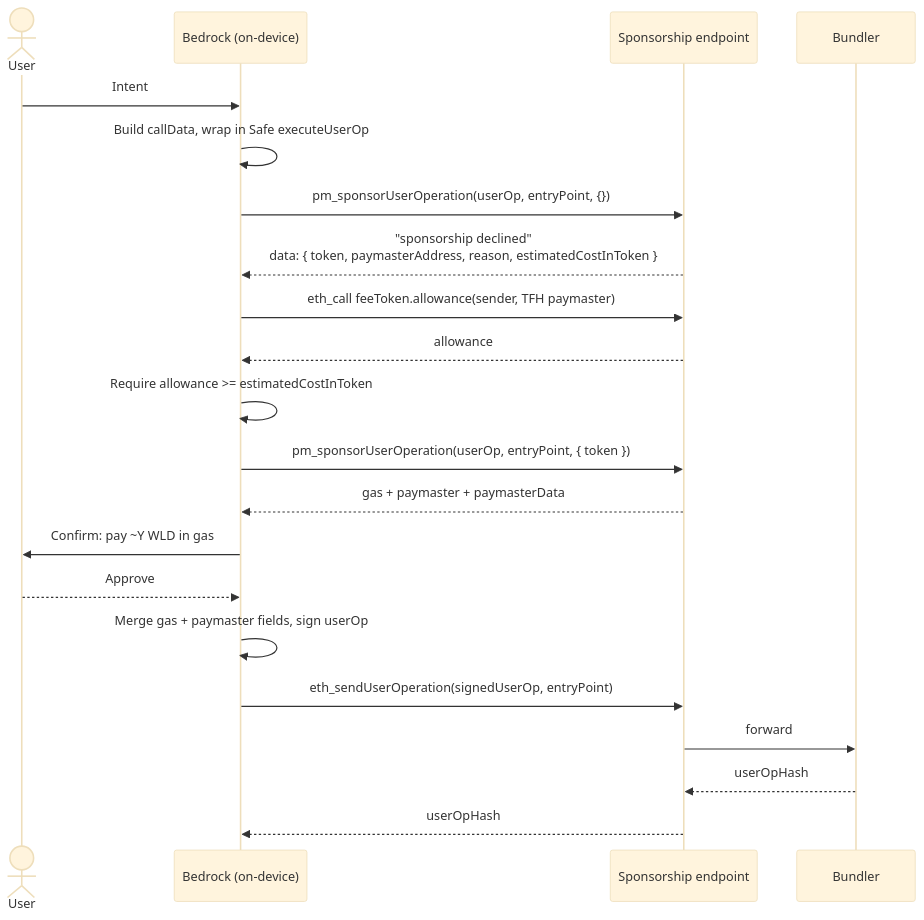
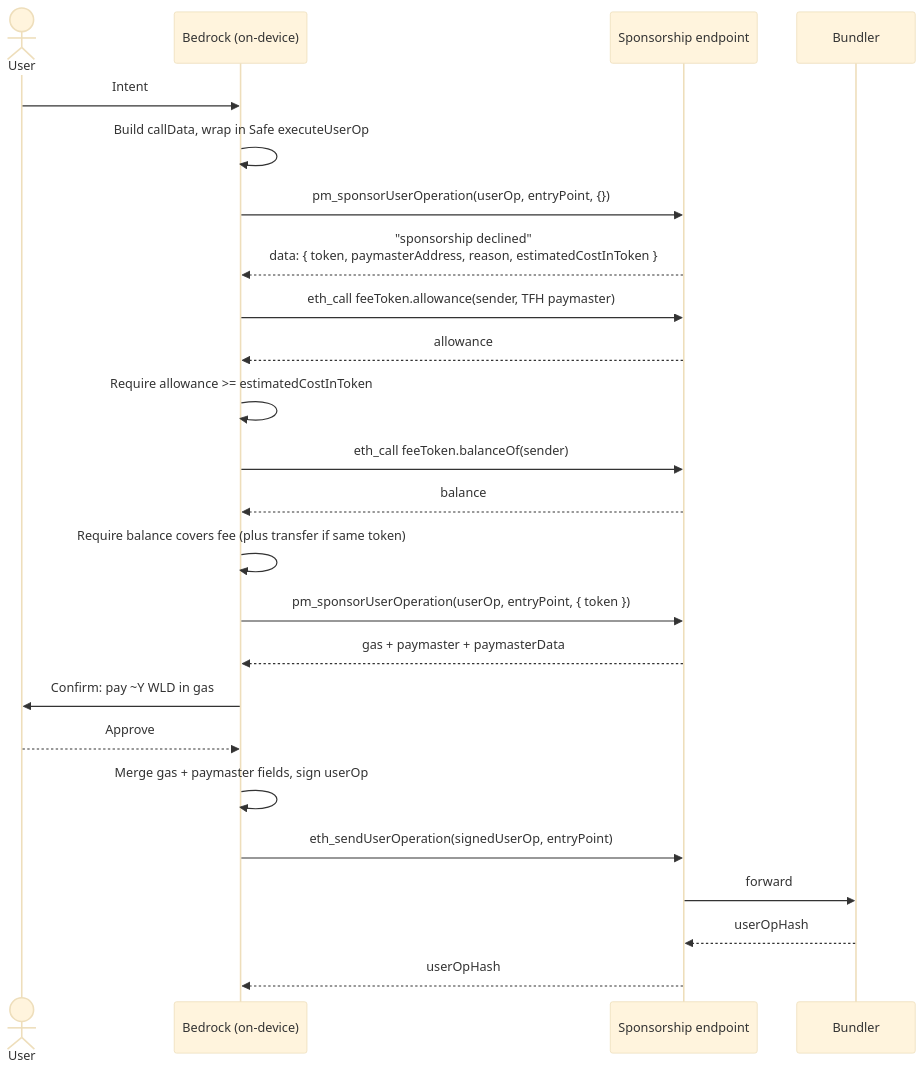
Before and after one commit to worldcoin/bedrock: the second of 2 diagrams in bedrock/src/transactions/transaction.md, drawn with Mermaid (base theme). The commit also changed other lines of this file and 2 other files, not shown here.

````diff
--- a/bedrock/src/transactions/transaction.md
+++ b/bedrock/src/transactions/transaction.md
@@ -103,28 +104,31 @@
 ```mermaid
 sequenceDiagram
     actor User
     participant Bedrock as Bedrock (on-device)
     participant Endpoint as Sponsorship endpoint
     participant Bundler
 
     User->>Bedrock: Intent
     Bedrock->>Bedrock: Build callData, wrap in Safe executeUserOp
 
     Bedrock->>Endpoint: pm_sponsorUserOperation(userOp, entryPoint, {})
     Endpoint-->>Bedrock: "sponsorship declined"<br/>data: { token, paymasterAddress, reason, estimatedCostInToken }
 
     Bedrock->>Endpoint: eth_call feeToken.allowance(sender, TFH paymaster)
     Endpoint-->>Bedrock: allowance
     Bedrock->>Bedrock: Require allowance >= estimatedCostInToken
+    Bedrock->>Endpoint: eth_call feeToken.balanceOf(sender)
+    Endpoint-->>Bedrock: balance
+    Bedrock->>Bedrock: Require balance covers fee (plus transfer if same token)
     Bedrock->>Endpoint: pm_sponsorUserOperation(userOp, entryPoint, { token })
     Endpoint-->>Bedrock: gas + paymaster + paymasterData
 
     Bedrock->>User: Confirm: pay ~Y WLD in gas
     User-->>Bedrock: Approve
     Bedrock->>Bedrock: Merge gas + paymaster fields, sign userOp
 
     Bedrock->>Endpoint: eth_sendUserOperation(signedUserOp, entryPoint)
     Endpoint->>Bundler: forward
     Bundler-->>Endpoint: userOpHash
     Endpoint-->>Bedrock: userOpHash
 ```
````
